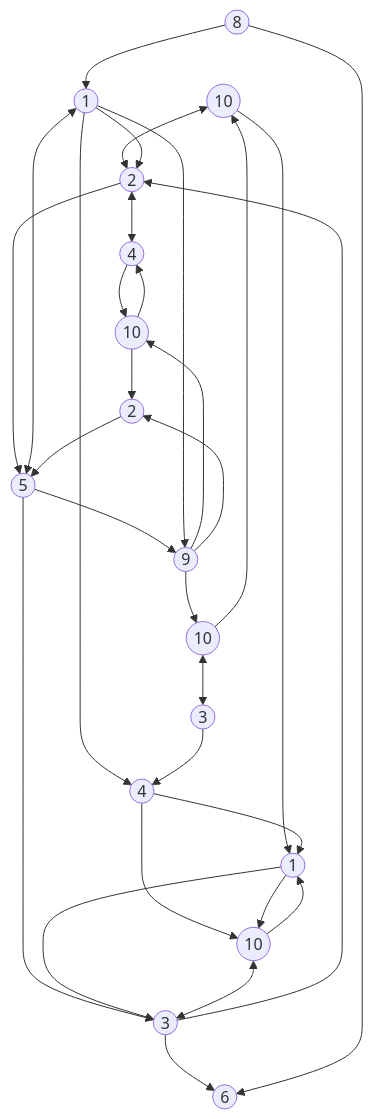
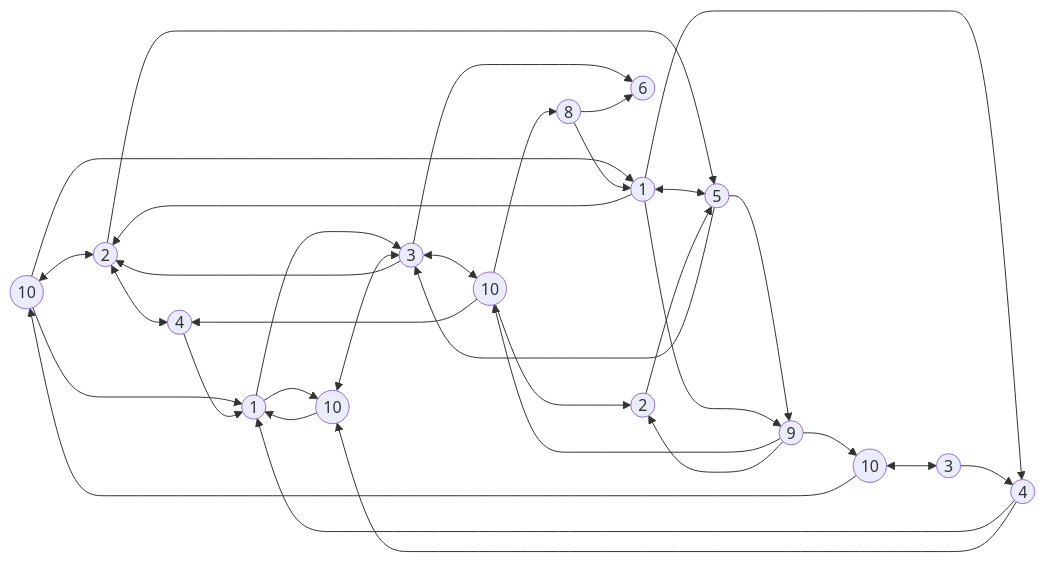
The diagram in README.md (WilliamG-LORA/NLP-Test), drawn with Mermaid before and after one commit. The commit also changed other lines of this file, not shown here.

````diff
--- a/README.md
+++ b/README.md
@@ -17,50 +19,53 @@
 ```mermaid
-flowchart
+flowchart LR
 A((10))
 B((2))
 C((5))
 D((3))
 E((1))
 F((9))
 G((4))
 H((10))
 I((1))
 J((10))
 K((8))
 L((4))
 M((6))
 N((10))
 O((2))
 P((3))
 
 A<-->B
 A-->I
+A-->E
 B<-->L
 B-->C
 C-->D
 C-->F
 D-->B
 D-->M
+D<-->N
 E-->F
 E-->G
 E-->B
 E<-->C
 F-->H
 P-->G
 F-->N
 F-->O
 G-->I
 G-->J
 H-->A
 H<-->P
 I-->J
 I-->D
 J-->I
 J<-->D
 K-->E
 K-->M
-L-->N
+L-->I
 N-->O
 N-->L
+N-->K
 O-->C
 ```
````
